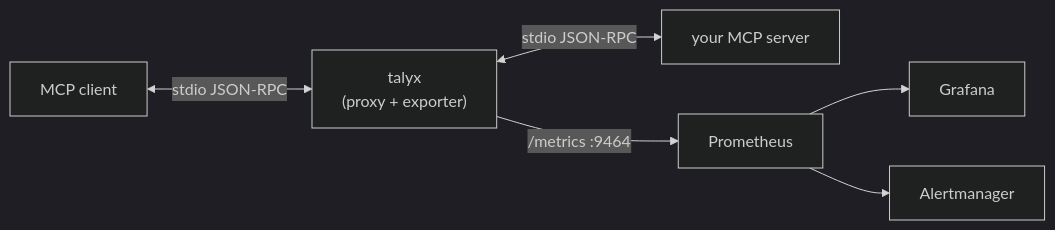
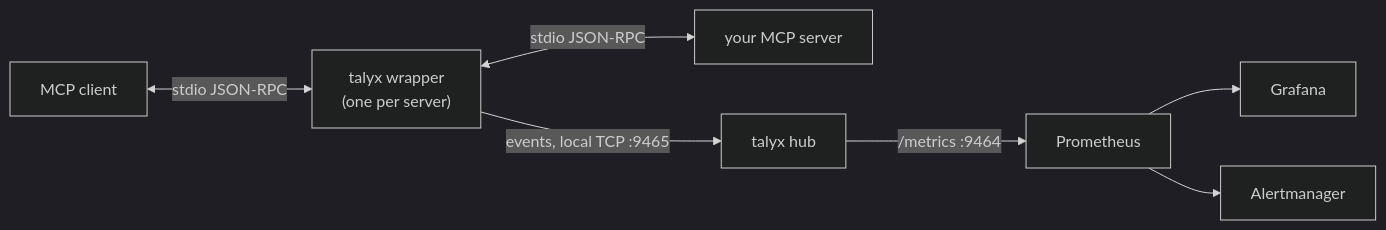
One commit to alan66603/talyx-mcp changed the diagram in README.md. Above: the diagram before and after it, drawn with Mermaid (dark theme). The commit also changed other lines of this file and 3 other files, not shown here.

Commit message:
docs: hub in the overview diagram, argument-contents wording, unwrappable servers

````diff
--- a/README.md
+++ b/README.md
@@ -19,7 +19,8 @@
 ```mermaid
 flowchart LR
-    client["MCP client"] <-->|stdio JSON-RPC| talyx["talyx<br/>(proxy + exporter)"]
+    client["MCP client"] <-->|stdio JSON-RPC| talyx["talyx wrapper<br/>(one per server)"]
     talyx <-->|stdio JSON-RPC| server["your MCP server"]
-    talyx -->|/metrics :9464| prom["Prometheus"] --> grafana["Grafana"]
+    talyx -->|events, local TCP :9465| hub["talyx hub"]
+    hub -->|/metrics :9464| prom["Prometheus"] --> grafana["Grafana"]
     prom --> am["Alertmanager"]
 ```
````
